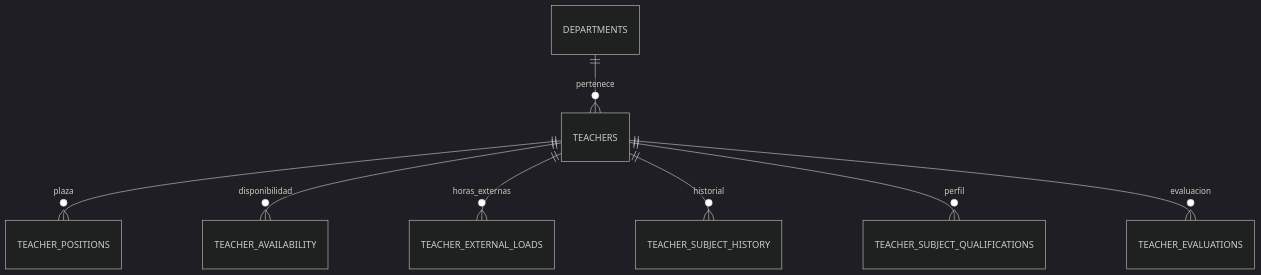
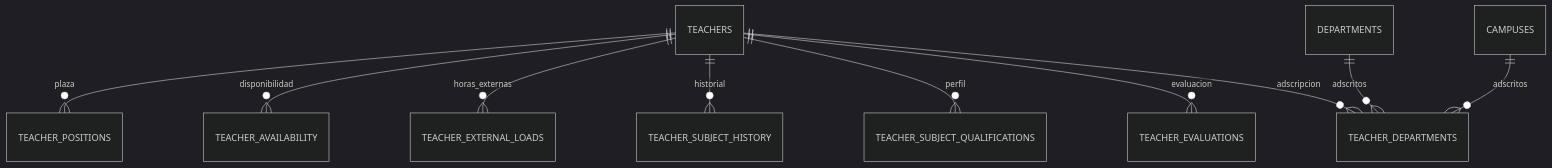
The third of 5 diagrams in docs/dominio/modelo-de-datos.md (Erne1357/nexus), drawn with Mermaid (dark theme) before and after one commit. The commit also changed other lines of this file and 24 other files, not shown here.

````diff
--- a/docs/dominio/modelo-de-datos.md
+++ b/docs/dominio/modelo-de-datos.md
@@ -92,10 +92,12 @@
 ```mermaid
 erDiagram
     TEACHERS ||--o{ TEACHER_POSITIONS : plaza
     TEACHERS ||--o{ TEACHER_AVAILABILITY : disponibilidad
     TEACHERS ||--o{ TEACHER_EXTERNAL_LOADS : horas_externas
     TEACHERS ||--o{ TEACHER_SUBJECT_HISTORY : historial
     TEACHERS ||--o{ TEACHER_SUBJECT_QUALIFICATIONS : perfil
     TEACHERS ||--o{ TEACHER_EVALUATIONS : evaluacion
-    DEPARTMENTS ||--o{ TEACHERS : pertenece
+    TEACHERS ||--o{ TEACHER_DEPARTMENTS : adscripcion
+    DEPARTMENTS ||--o{ TEACHER_DEPARTMENTS : adscritos
+    CAMPUSES ||--o{ TEACHER_DEPARTMENTS : adscritos
 ```
````
